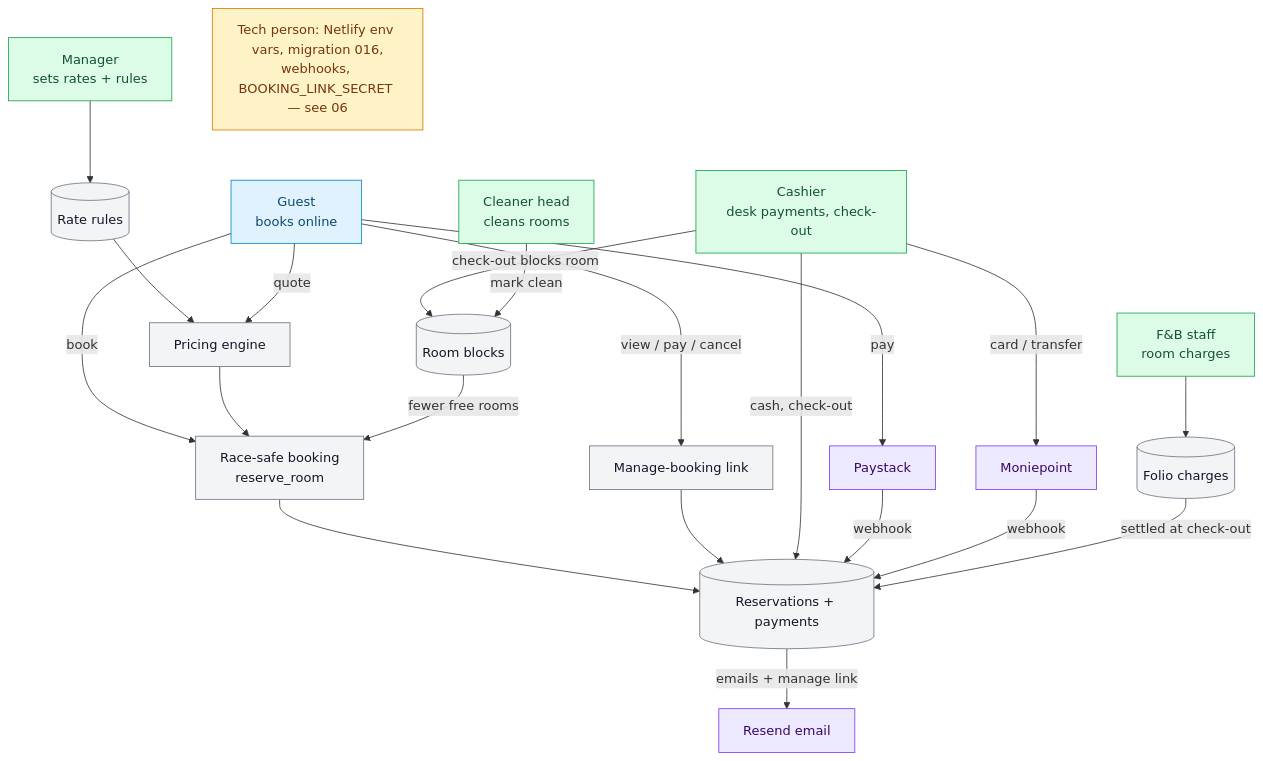
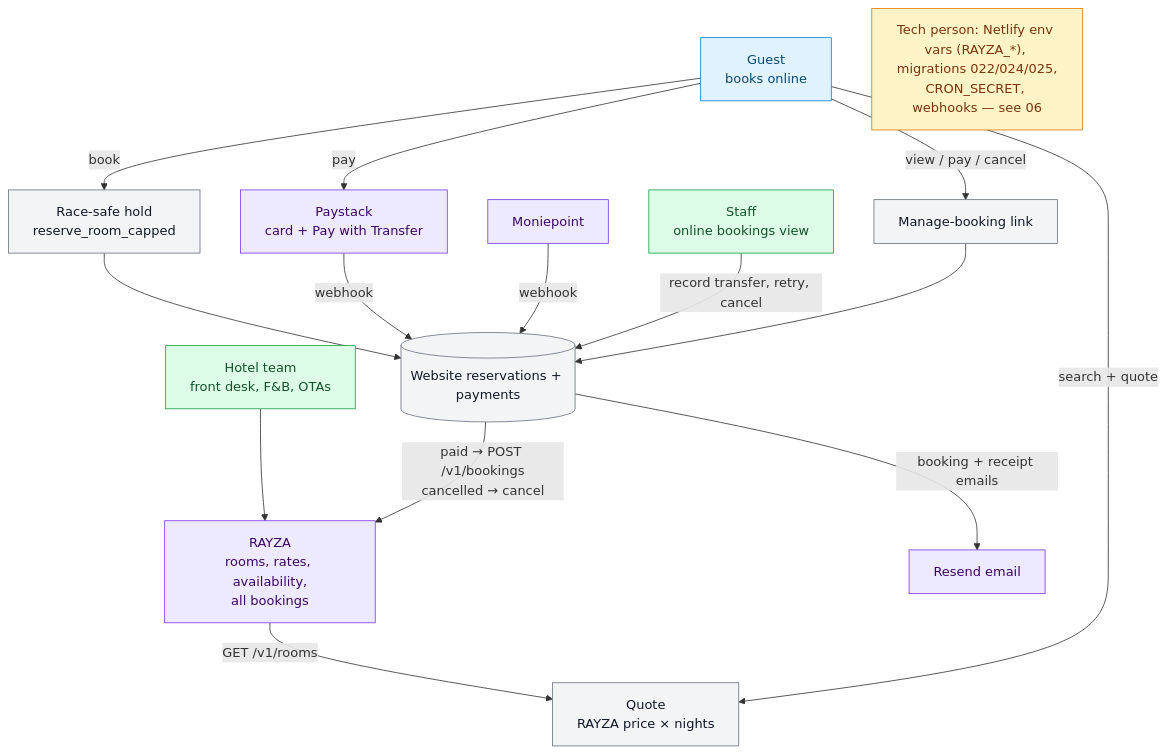
The diagram in docs/flow-diagrams/booking-engine/00-overview.mmd (pensebien/https-www.reliefhotels), drawn with Mermaid before and after one commit. The commit also changed 350 other files, not shown here.

First line of the commit message:
Simple site: website takes reservations, RAYZA runs the hotel (#51)

```diff
--- a/docs/flow-diagrams/booking-engine/00-overview.mmd
+++ b/docs/flow-diagrams/booking-engine/00-overview.mmd
@@ -1,46 +1,37 @@
-%% Booking engine v2 — who does what (PR #43). Arrows point from who acts to what changes.
-%% Per-role detail: 01-guest … 05-housekeeping; deployment: 06-tech-netlify-setup.
+%% Simple site + RAYZA — who does what. Arrows point from who acts to what changes.
+%% Detail: 01-guest, 02-manager (staff); deployment: 06-tech-netlify-setup.
+%% Everything hotel-side (front desk, F&B, restaurant, housekeeping, Booking.com
+%% and other channels, rates) lives in RAYZA. The website only sells rooms.
 flowchart TB
     classDef guest fill:#e0f2fe,stroke:#0284c7,color:#0c4a6e
     classDef staff fill:#dcfce7,stroke:#16a34a,color:#14532d
     classDef tech fill:#fef3c7,stroke:#d97706,color:#78350f
     classDef system fill:#f3f4f6,stroke:#6b7280,color:#111827
     classDef ext fill:#ede9fe,stroke:#7c3aed,color:#3b0764
 
-    Manager["Manager<br/>sets rates + rules"]:::staff
     Guest["Guest<br/>books online"]:::guest
-    Cashier["Cashier<br/>desk payments, check-out"]:::staff
-    FnB["F&B staff<br/>room charges"]:::staff
-    Cleaner["Cleaner head<br/>cleans rooms"]:::staff
+    Staff["Staff<br/>online bookings view"]:::staff
+    Hotel["Hotel team<br/>front desk, F&B, OTAs"]:::staff
 
-    Rules[("Rate rules")]:::system
-    Engine["Pricing engine"]:::system
-    Reserve["Race-safe booking<br/>reserve_room"]:::system
+    Rayza["RAYZA<br/>rooms, rates, availability,<br/>all bookings"]:::ext
+    Quote["Quote<br/>RAYZA price × nights"]:::system
+    Reserve["Race-safe hold<br/>reserve_room_capped"]:::system
     Manage["Manage-booking link"]:::system
-    Res[("Reservations + payments")]:::system
-    Folio[("Folio charges")]:::system
-    Blocks[("Room blocks")]:::system
+    Res[("Website reservations + payments")]:::system
 
-    Paystack["Paystack"]:::ext
+    Paystack["Paystack<br/>card + Pay with Transfer"]:::ext
     Moniepoint["Moniepoint"]:::ext
     Resend["Resend email"]:::ext
 
-    Manager --> Rules --> Engine
-    Guest -->|"quote"| Engine
-    Guest -->|"book"| Reserve
-    Guest -->|"view / pay / cancel"| Manage
-    Engine --> Reserve --> Res
-    Manage --> Res
-    Guest -->|"pay"| Paystack
-    Cashier -->|"card / transfer"| Moniepoint
-    Cashier -->|"cash, check-out"| Res
-    Paystack -->|"webhook"| Res
+    Hotel --> Rayza
+    Rayza -->|"GET /v1/rooms"| Quote
+    Guest -->|"search + quote"| Quote
+    Guest -->|"book"| Reserve --> Res
+    Guest -->|"pay"| Paystack -->|"webhook"| Res
     Moniepoint -->|"webhook"| Res
-    Res -->|"emails + manage link"| Resend
-    FnB --> Folio
-    Folio -->|"settled at check-out"| Res
-    Cashier -->|"check-out blocks room"| Blocks
-    Cleaner -->|"mark clean"| Blocks
-    Blocks -->|"fewer free rooms"| Reserve
+    Staff -->|"record transfer, retry, cancel"| Res
+    Res -->|"paid → POST /v1/bookings<br/>cancelled → cancel"| Rayza
+    Guest -->|"view / pay / cancel"| Manage --> Res
+    Res -->|"booking + receipt emails"| Resend
 
-    Tech["Tech person: Netlify env vars, migration 016,<br/>webhooks, BOOKING_LINK_SECRET — see 06"]:::tech
+    Tech["Tech person: Netlify env vars (RAYZA_*), migrations 022/024/025,<br/>CRON_SECRET, webhooks — see 06"]:::tech
```
